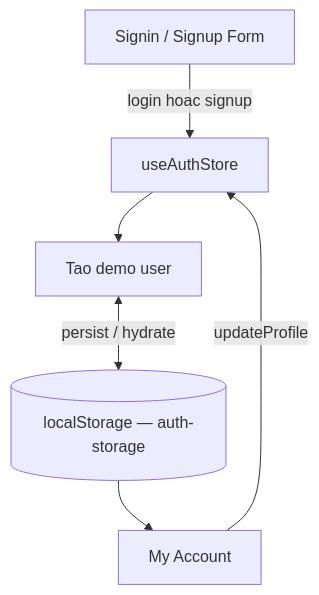
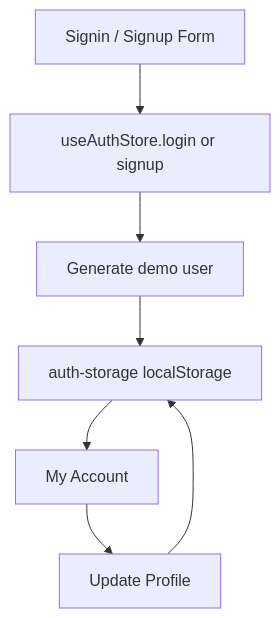
Before and after one commit to NguyenDinhDang/Docs-E-commerce: the sixth of 9 diagrams in 07-so-do-mermaid.md, drawn with Mermaid. The commit also changed other lines of this file and 4 other files, not shown here.

````diff
--- a/07-so-do-mermaid.md
+++ b/07-so-do-mermaid.md
@@ -124,11 +73,9 @@
 ```mermaid
 flowchart TD
-    Form[Signin / Signup Form]
-
-    Form -->|login hoac signup| AS[useAuthStore]
-    AS --> Gen[Tao demo user]
-    Gen <-->|persist / hydrate| LS[(localStorage — auth-storage)]
-
-    LS --> MA[My Account]
-    MA -->|updateProfile| AS
+  A[Signin / Signup Form] --> B[useAuthStore.login or signup]
+  B --> C[Generate demo user]
+  C --> D[auth-storage localStorage]
+  D --> E[My Account]
+  E --> F[Update Profile]
+  F --> D
 ```
````
